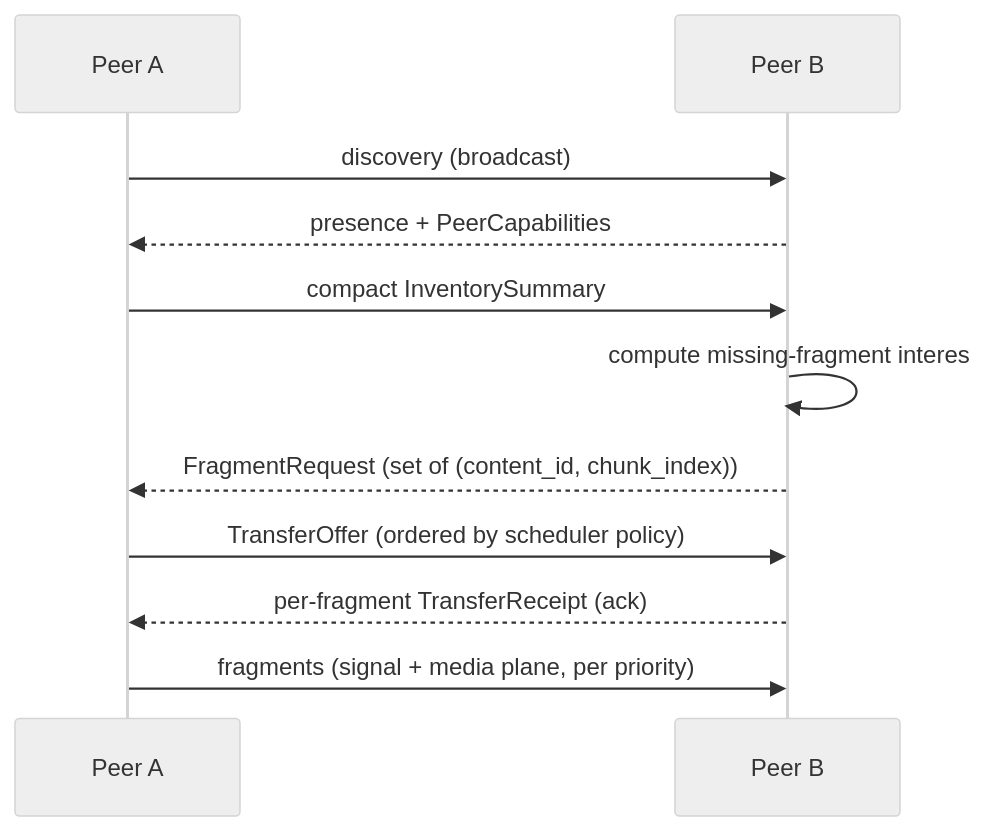
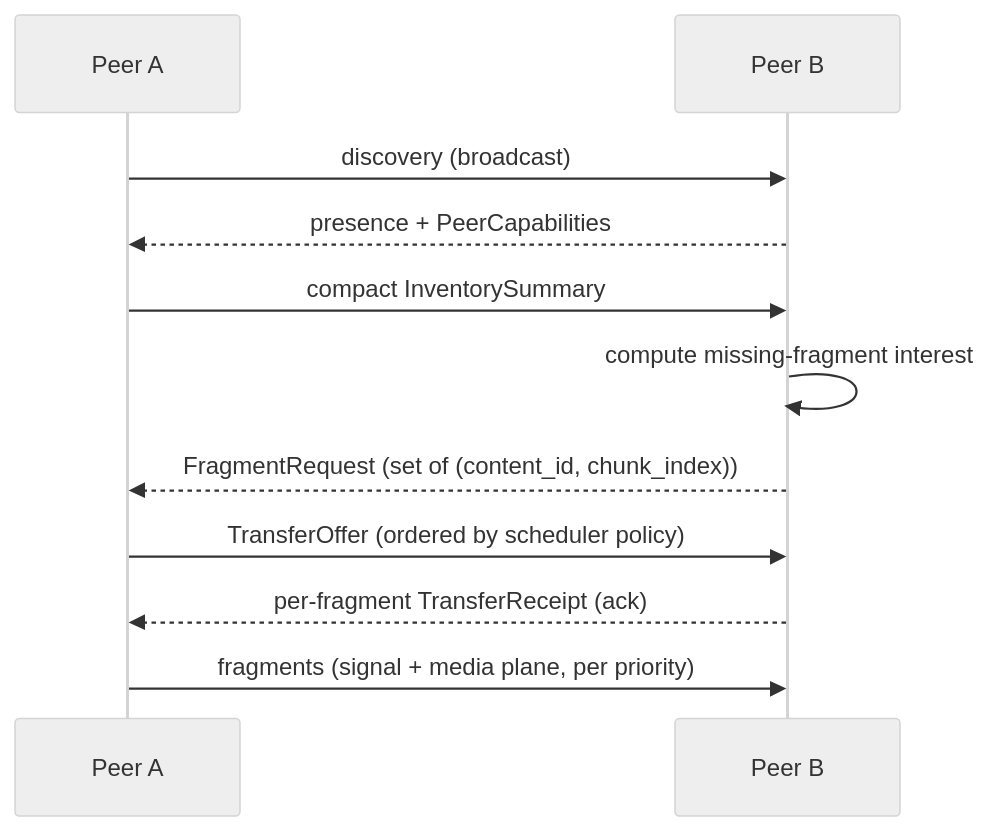
The fourth of 6 diagrams in SYSTEM_ARCHITECTURE.md (Rifat-Hossain49/July_hackathon), drawn with Mermaid (neutral theme) before and after one commit. The commit also changed other lines of this file and 13 other files, not shown here.

````diff
--- a/SYSTEM_ARCHITECTURE.md
+++ b/SYSTEM_ARCHITECTURE.md
@@ -336,13 +336,13 @@
 ```mermaid
 sequenceDiagram
   participant A as Peer A
   participant B as Peer B
   A->>B: discovery (broadcast)
   B-->>A: presence + PeerCapabilities
   A->>B: compact InventorySummary
-  B->>B: compute missing-fragment interes
+  B->>B: compute missing-fragment interest
   B-->>A: FragmentRequest (set of (content_id, chunk_index))
   A->>B: TransferOffer (ordered by scheduler policy)
   B-->>A: per-fragment TransferReceipt (ack)
   A->>B: fragments (signal + media plane, per priority)
 ```
````
